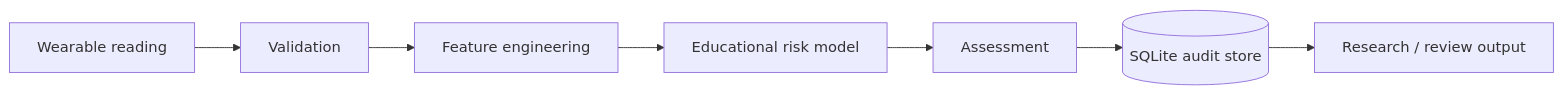
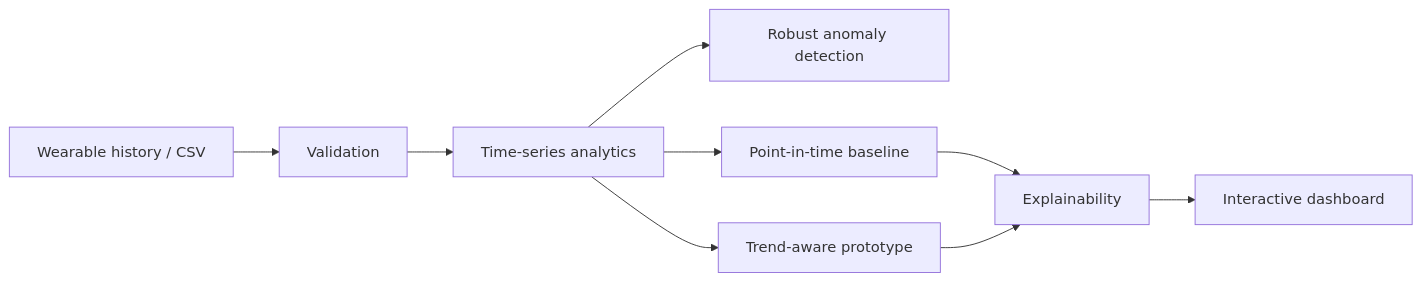
Before and after one commit to rsswethaa/heart-attack-prediction-wearables: the diagram in README.md, drawn with Mermaid. The commit also changed other lines of this file and 10 other files, not shown here.

Commit message:
Upgrade wearable project to longitudinal analytics product

````diff
--- a/README.md
+++ b/README.md
@@ -20,9 +33,11 @@
 ```mermaid
 flowchart LR
-  W[Wearable reading] --> V[Validation]
-  V --> F[Feature engineering]
-  F --> M[Educational risk model]
-  M --> A[Assessment]
-  A --> DB[(SQLite audit store)]
-  DB --> R[Research / review output]
+  W[Wearable history / CSV] --> V[Validation]
+  V --> T[Time-series analytics]
+  T --> A[Robust anomaly detection]
+  T --> R[Point-in-time baseline]
+  T --> M[Trend-aware prototype]
+  R --> X[Explainability]
+  M --> X
+  X --> D[Interactive dashboard]
 ```
````
